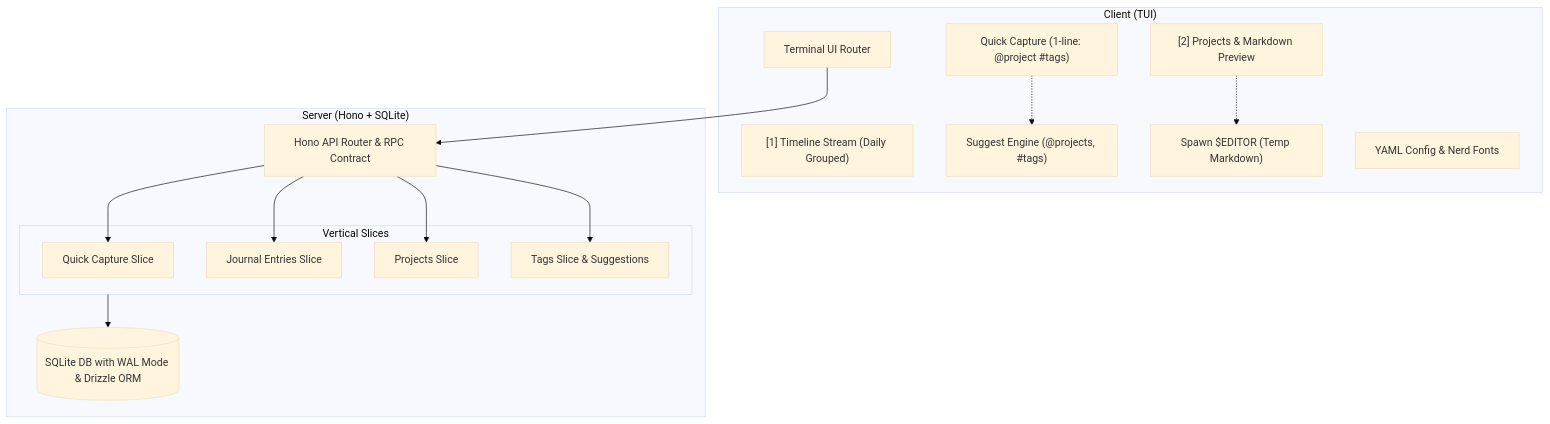
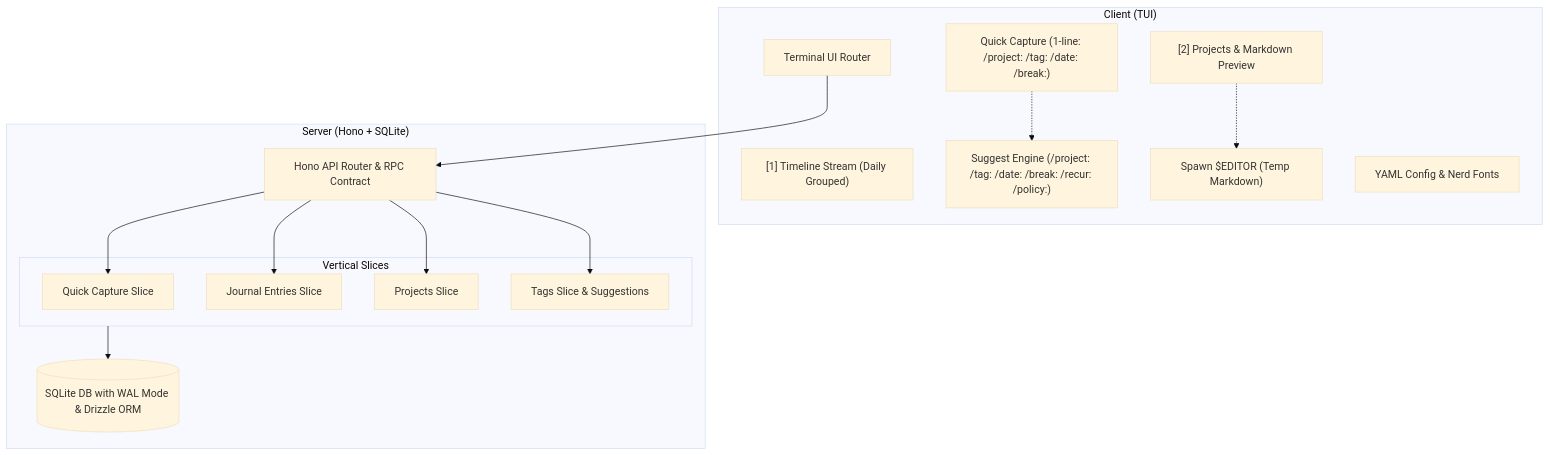
One commit to Wanbicoi/journals changed the diagram in ARCHITECTURE.md. Above: the diagram before and after it, drawn with Mermaid (base theme). The commit also changed other lines of this file and 36 other files, not shown here.

````diff
--- a/ARCHITECTURE.md
+++ b/ARCHITECTURE.md
@@ -12,32 +12,32 @@
 ```mermaid
 graph TD
     subgraph Client ["Client (TUI)"]
         UI[Terminal UI Router]
         StreamView["[1] Timeline Stream (Daily Grouped)"]
         ProjectView["[2] Projects & Markdown Preview"]
-        Capture["Quick Capture (1-line: @project #tags)"]
-        Suggest["Suggest Engine (@projects, #tags)"]
+        Capture["Quick Capture (1-line: /project: /tag: /date: /break:)"]
+        Suggest["Suggest Engine (/project: /tag: /date: /break: /recur: /policy:)"]
         EditorSpawn["Spawn $EDITOR (Temp Markdown)"]
         ClientConfig[YAML Config & Nerd Fonts]
     end
 
     subgraph Server ["Server (Hono + SQLite)"]
         Router[Hono API Router & RPC Contract]
         subgraph Slices ["Vertical Slices"]
             CaptureSlice[Quick Capture Slice]
             EntrySlice[Journal Entries Slice]
             ProjectSlice[Projects Slice]
             TagSlice[Tags Slice & Suggestions]
         end
         DB[(SQLite DB with WAL Mode & Drizzle ORM)]
     end
 
     UI --> Router
     Router --> CaptureSlice
     Router --> EntrySlice
     Router --> ProjectSlice
     Router --> TagSlice
     Slices --> DB
     ProjectView -.-> EditorSpawn
     Capture -.-> Suggest
 ```
````
